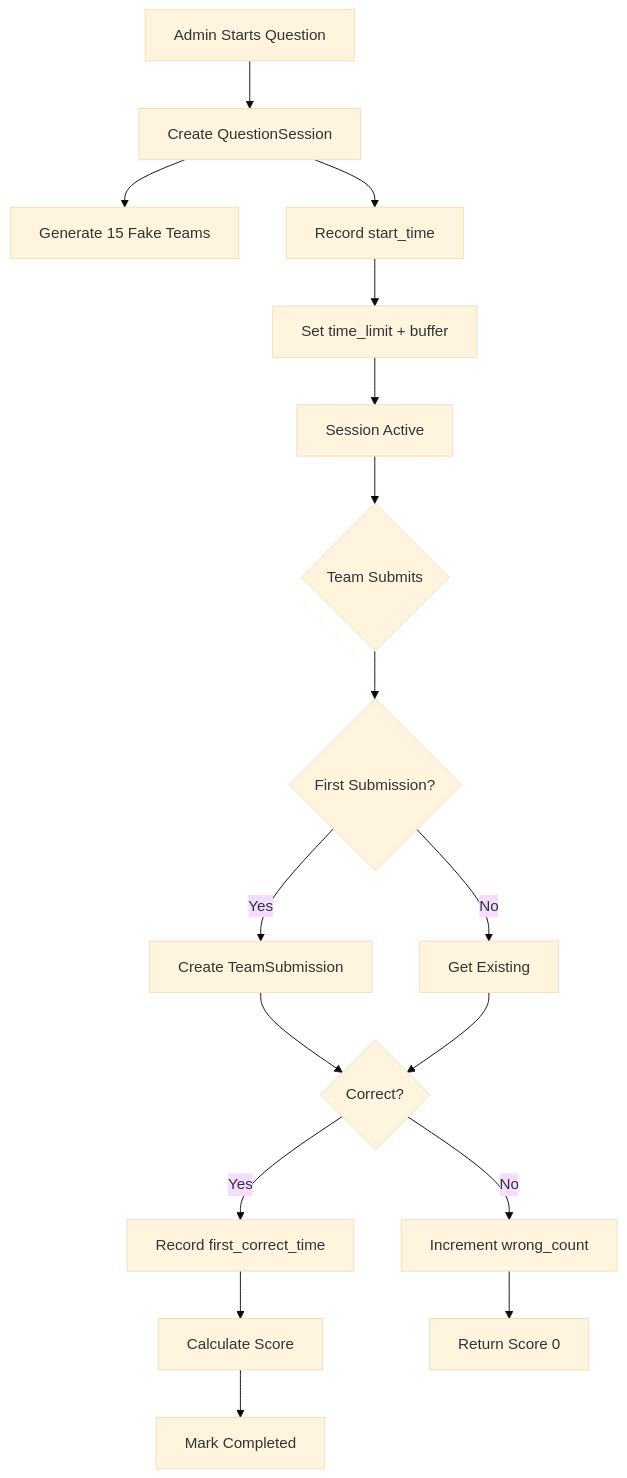
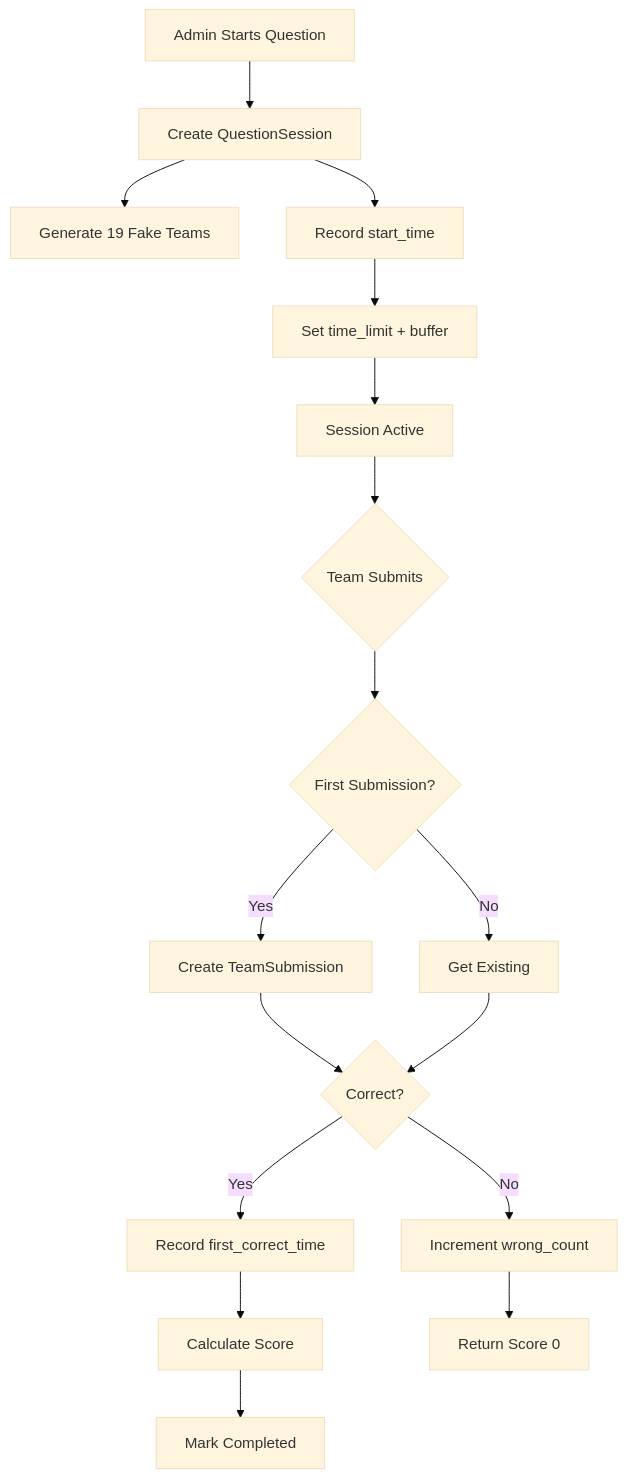
The third of 9 diagrams in docs/system-design.md (finalFlash159/mock-server-scoring-api-for-AIC-VBS), drawn with Mermaid (base theme) before and after one commit. The commit also changed other lines of this file and 34 other files, not shown here.

````diff
--- a/docs/system-design.md
+++ b/docs/system-design.md
@@ -182,19 +375,19 @@
 ```mermaid
 flowchart TD
     A[Admin Starts Question] --> B[Create QuestionSession]
-    B --> B1[Generate 15 Fake Teams]
+    B --> B1[Generate 19 Fake Teams]
     B --> C[Record start_time]
     C --> D[Set time_limit + buffer]
     D --> E[Session Active]
     E --> F{Team Submits}
     F --> G{First Submission?}
     G -->|Yes| H[Create TeamSubmission]
     G -->|No| I[Get Existing]
     H --> J{Correct?}
     I --> J
     J -->|No| K[Increment wrong_count]
     J -->|Yes| L[Record first_correct_time]
     L --> M[Calculate Score]
     M --> N[Mark Completed]
     K --> O[Return Score 0]
 ```
````
